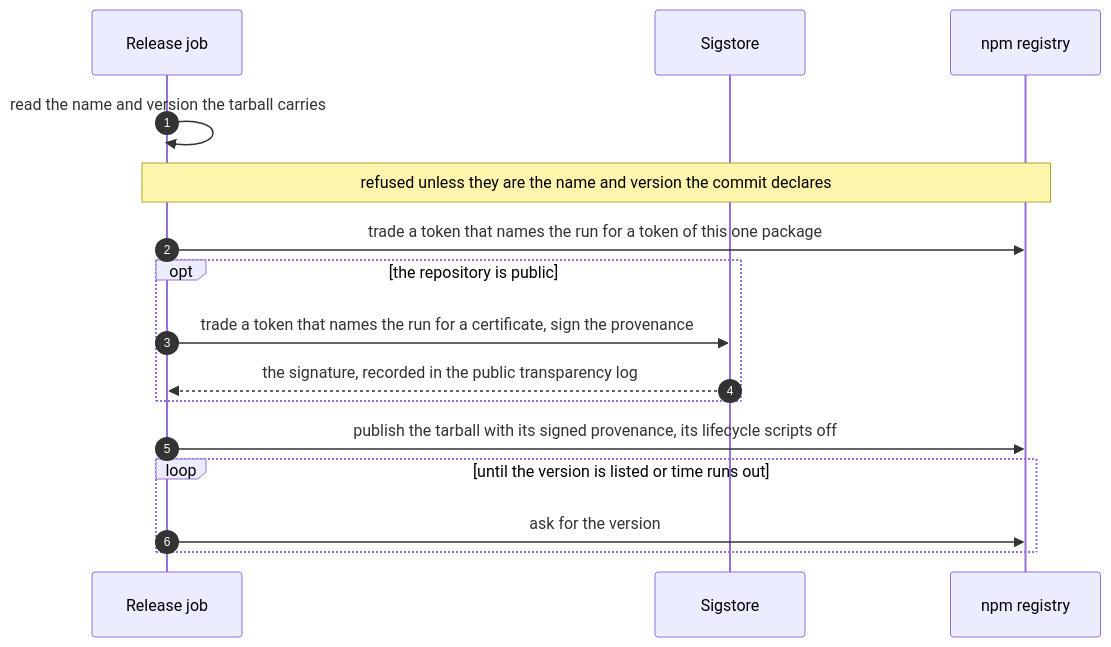
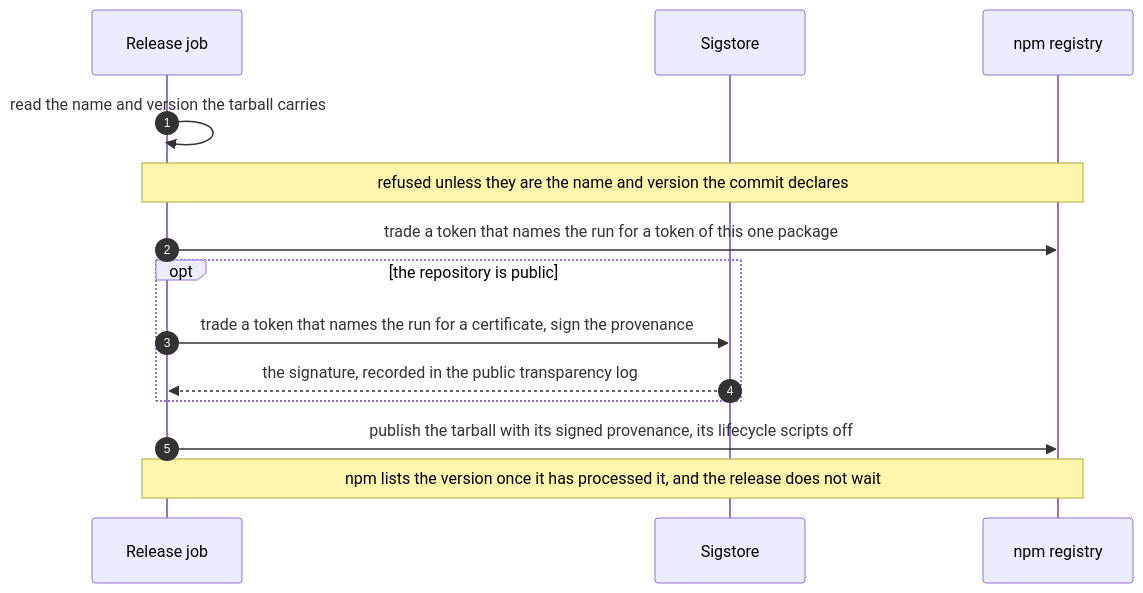
Before and after one commit to NextNodeSolutions/infrastructure: the fifth of 6 diagrams in docs/deployment.md, drawn with Mermaid. The commit also changed other lines of this file and 1 other file, not shown here.

Commit message:
ci(deploy): stop waiting for npm to list a published version

````diff
--- a/docs/deployment.md
+++ b/docs/deployment.md
@@ -144,18 +144,16 @@
 ```mermaid
 sequenceDiagram
     autonumber
     participant R as Release job
     participant S as Sigstore
     participant N as npm registry
     R->>R: read the name and version the tarball carries
     Note over R,N: refused unless they are the name and version the commit declares
     R->>N: trade a token that names the run for a token of this one package
     opt the repository is public
         R->>S: trade a token that names the run for a certificate, sign the provenance
         S-->>R: the signature, recorded in the public transparency log
     end
     R->>N: publish the tarball with its signed provenance, its lifecycle scripts off
-    loop until the version is listed or time runs out
-        R->>N: ask for the version
-    end
+    Note over R,N: npm lists the version once it has processed it, and the release does not wait
 ```
````
